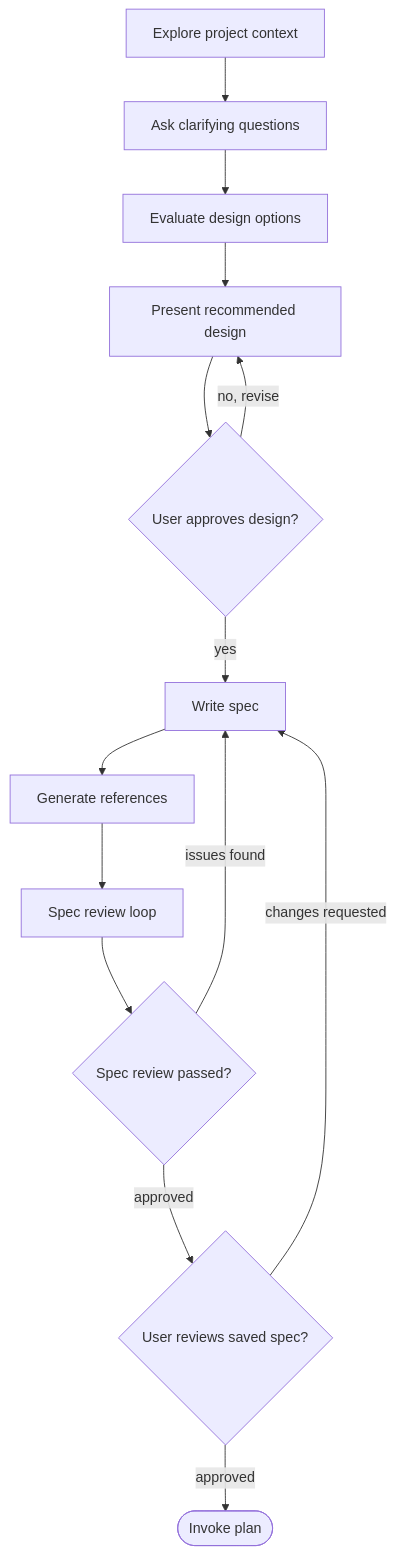
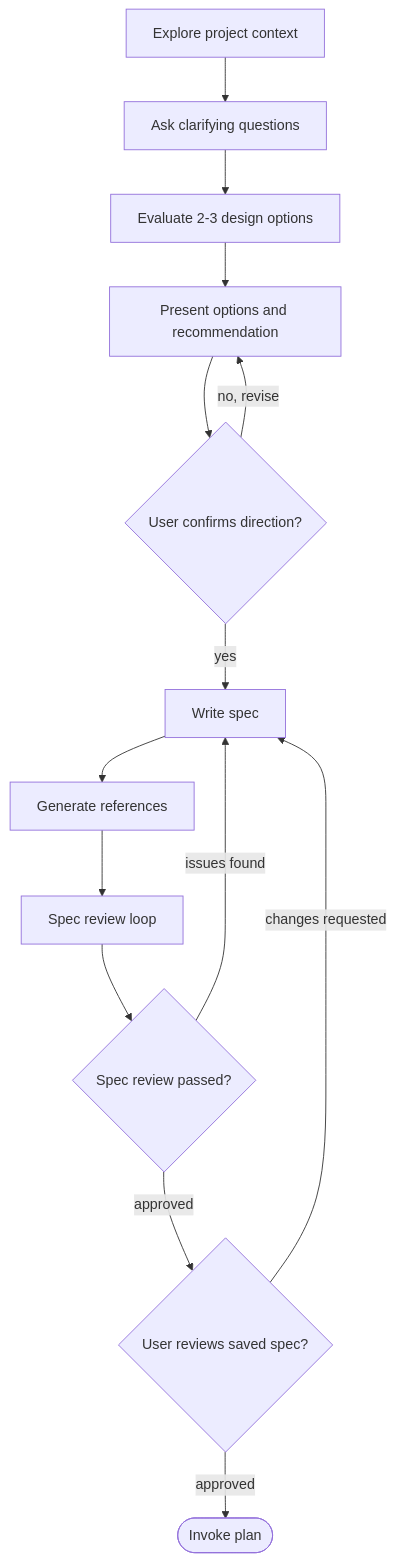
The diagram in skills/brainstorming/SKILL.md (CXwudi/agent-config), drawn with Mermaid before and after one commit. The commit also changed other lines of this file and 3 other files, not shown here.

First line of the commit message:
♻️ refactor(skills): refine brainstorming option flow

````diff
--- a/skills/brainstorming/SKILL.md
+++ b/skills/brainstorming/SKILL.md
@@ -51,16 +54,16 @@
 ```mermaid
 flowchart TD
   A["Explore project context"] --> B["Ask clarifying questions"]
-  B --> C["Evaluate design options"]
-  C --> D["Present recommended design"]
-  D --> E{"User approves design?"}
+  B --> C["Evaluate 2-3 design options"]
+  C --> D["Present options and recommendation"]
+  D --> E{"User confirms direction?"}
   E -- "no, revise" --> D
   E -- yes --> F["Write spec"]
   F --> G["Generate references"]
   G --> H["Spec review loop"]
   H --> I{"Spec review passed?"}
   I -- "issues found" --> F
   I -- approved --> J{"User reviews saved spec?"}
   J -- "changes requested" --> F
   J -- approved --> K(["Invoke plan"])
 ```
````
